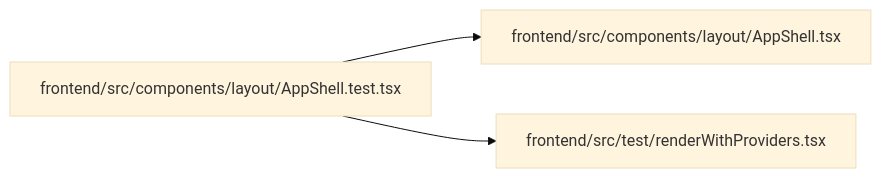
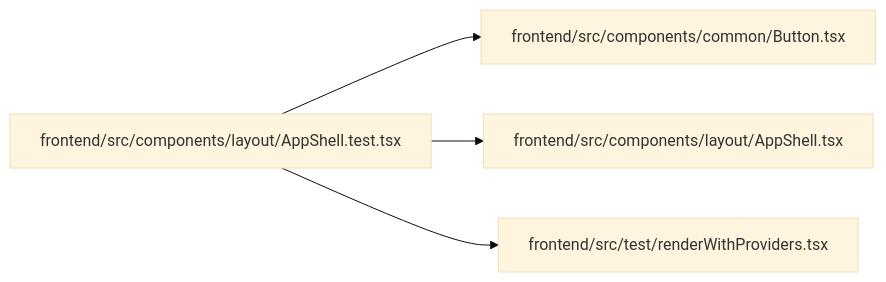
The diagram in docs/llm_wiki/modules/AppShell.test.md (Denissvgn/WorkChord), drawn with Mermaid (base theme) before and after one commit. The commit also changed other lines of this file and 2373 other files, not shown here.

````diff
--- a/docs/llm_wiki/modules/AppShell.test.md
+++ b/docs/llm_wiki/modules/AppShell.test.md
@@ -30,11 +31,14 @@
 ```mermaid
 flowchart LR
-    n0["frontend/src/components/layout/AppShell.test.tsx"]
-    n1["frontend/src/components/layout/AppShell.tsx"]
-    n2["frontend/src/test/renderWithProviders.tsx"]
-    n0 --> n1
-    n0 --> n2
-    click n0 "../modules/AppShell.test.md"
-    click n1 "../modules/AppShell.md"
-    click n2 "../modules/renderWithProviders.md"
+    n0["frontend/src/components/common/Button.tsx"]
+    n1["frontend/src/components/layout/AppShell.test.tsx"]
+    n2["frontend/src/components/layout/AppShell.tsx"]
+    n3["frontend/src/test/renderWithProviders.tsx"]
+    n1 --> n0
+    n1 --> n2
+    n1 --> n3
+    click n0 "../modules/Button.md"
+    click n1 "../modules/AppShell.test.md"
+    click n2 "../modules/AppShell.md"
+    click n3 "../modules/renderWithProviders.md"
 ```
````
